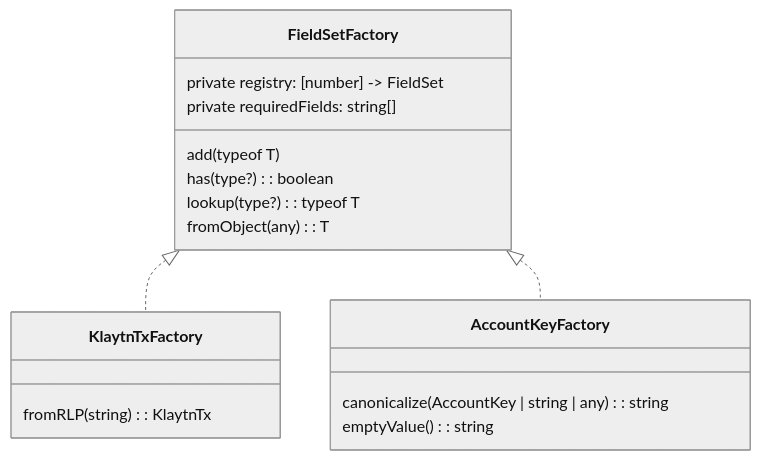
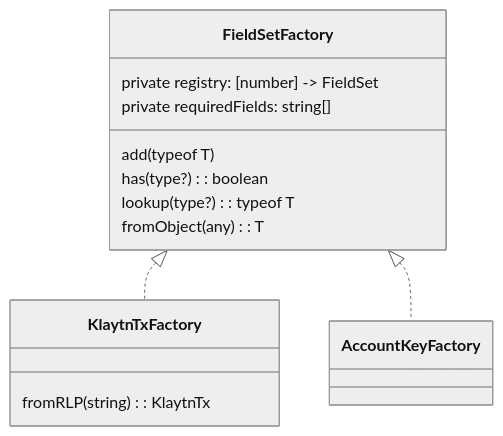
One commit to blukat29/klaytn-sdk-design changed the third of 4 diagrams in README.md. Above: the diagram before and after it, drawn with Mermaid (neutral theme).

````diff
--- a/README.md
+++ b/README.md
@@ -98,20 +98,18 @@
 ```mermaid  
 classDiagram
   FieldSetFactory <|.. KlaytnTxFactory
   FieldSetFactory <|.. AccountKeyFactory
   class FieldSetFactory {
     private registry: [number] -> FieldSet
     private requiredFields: string[]
     add(typeof T)
     has(type?): boolean
     lookup(type?): typeof T
     fromObject(any): T
   }
   class KlaytnTxFactory {
     fromRLP(string): KlaytnTx
   }
   class AccountKeyFactory {
-    canonicalize(AccountKey | string | any): string 
-    emptyValue(): string
   }
 ```
````
